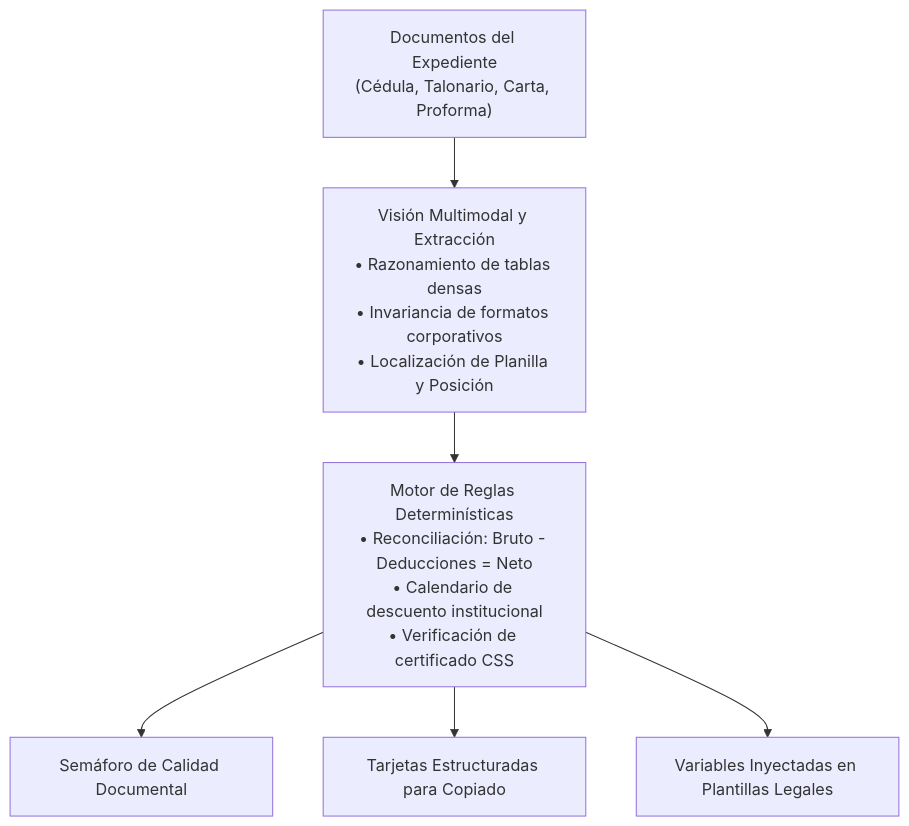
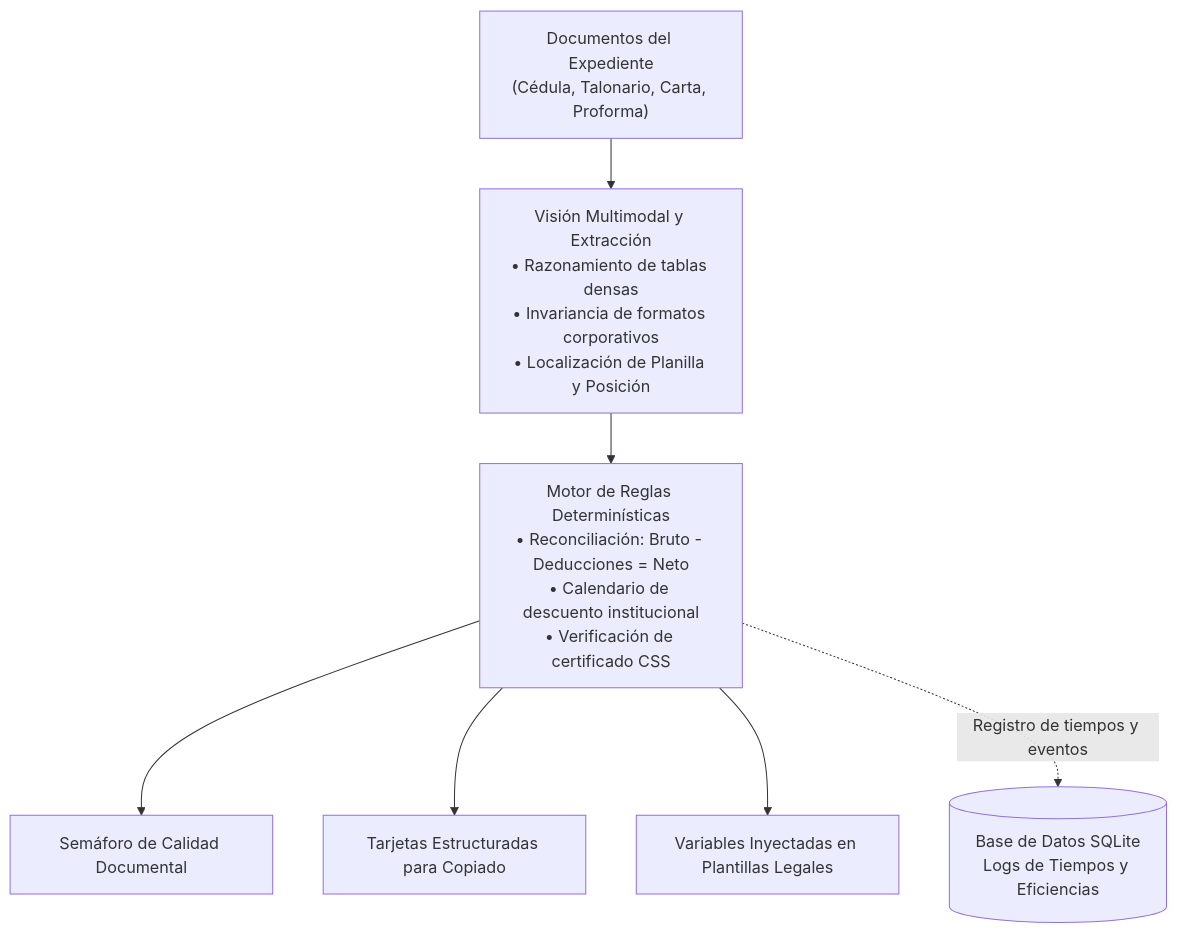
The third of 4 diagrams in formalizacion-pp/design/diseno-arquitectura-asistente-formalizacion.md (RBlasser/cda-celulas), drawn with Mermaid before and after one commit. The commit also changed other lines of this file and 2 other files, not shown here.

Commit message:
docs: actualizar arquitecturas con metricas sqlite, mitigacion riesgos operativos y evolucion qr autos

````diff
--- a/formalizacion-pp/design/diseno-arquitectura-asistente-formalizacion.md
+++ b/formalizacion-pp/design/diseno-arquitectura-asistente-formalizacion.md
@@ -133,10 +159,12 @@
 ```mermaid
 flowchart TD
     DOCS["Documentos del Expediente<br>(Cédula, Talonario, Carta, Proforma)"] --> VLM["Visión Multimodal y Extracción<br>• Razonamiento de tablas densas<br>• Invariancia de formatos corporativos<br>• Localización de Planilla y Posición"]
     
     VLM --> RULES["Motor de Reglas Determinísticas<br>• Reconciliación: Bruto - Deducciones = Neto<br>• Calendario de descuento institucional<br>• Verificación de certificado CSS"]
     
     RULES --> OUT1["Semáforo de Calidad Documental"]
     RULES --> OUT2["Tarjetas Estructuradas para Copiado"]
     RULES --> OUT3["Variables Inyectadas en Plantillas Legales"]
+    
+    RULES -.->|"Registro de tiempos y eventos"| SQLITE[("Base de Datos SQLite<br>Logs de Tiempos y Eficiencias")]
 ```
````
